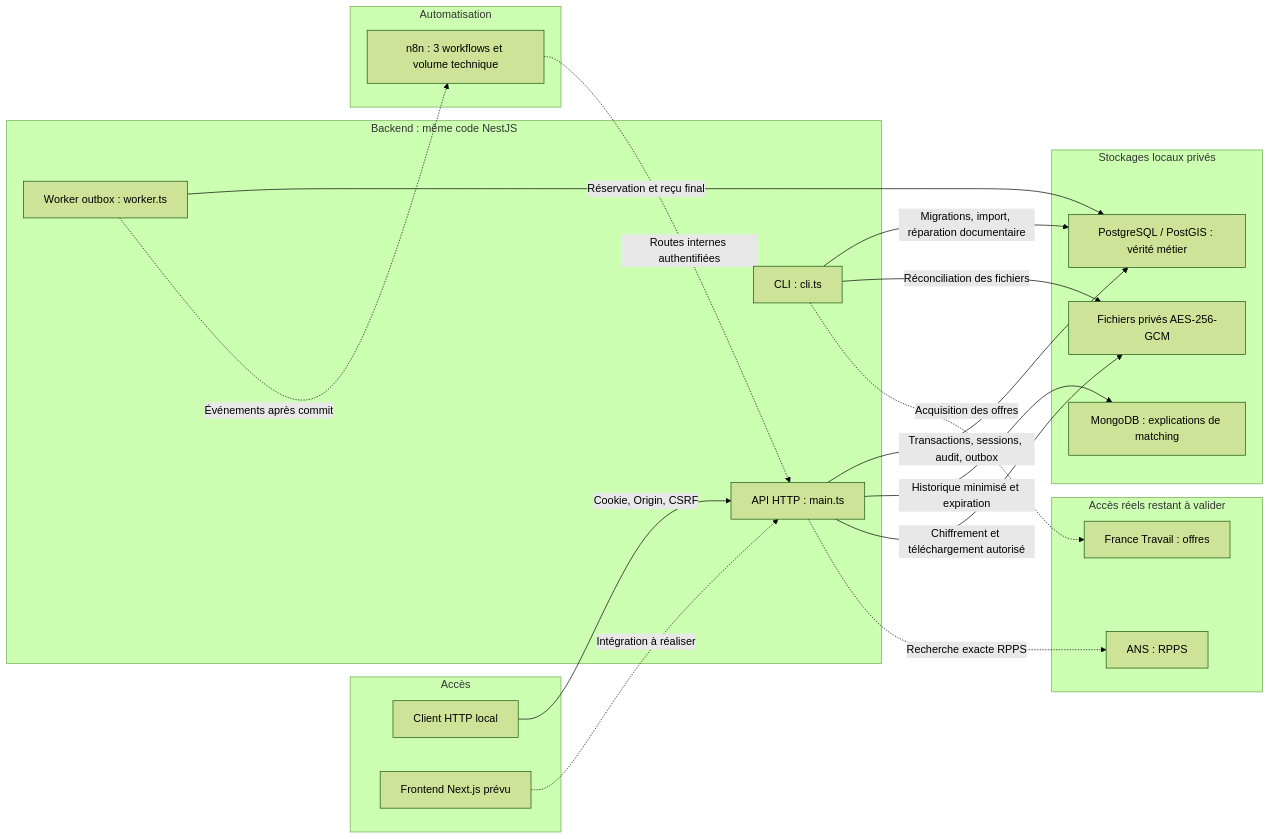
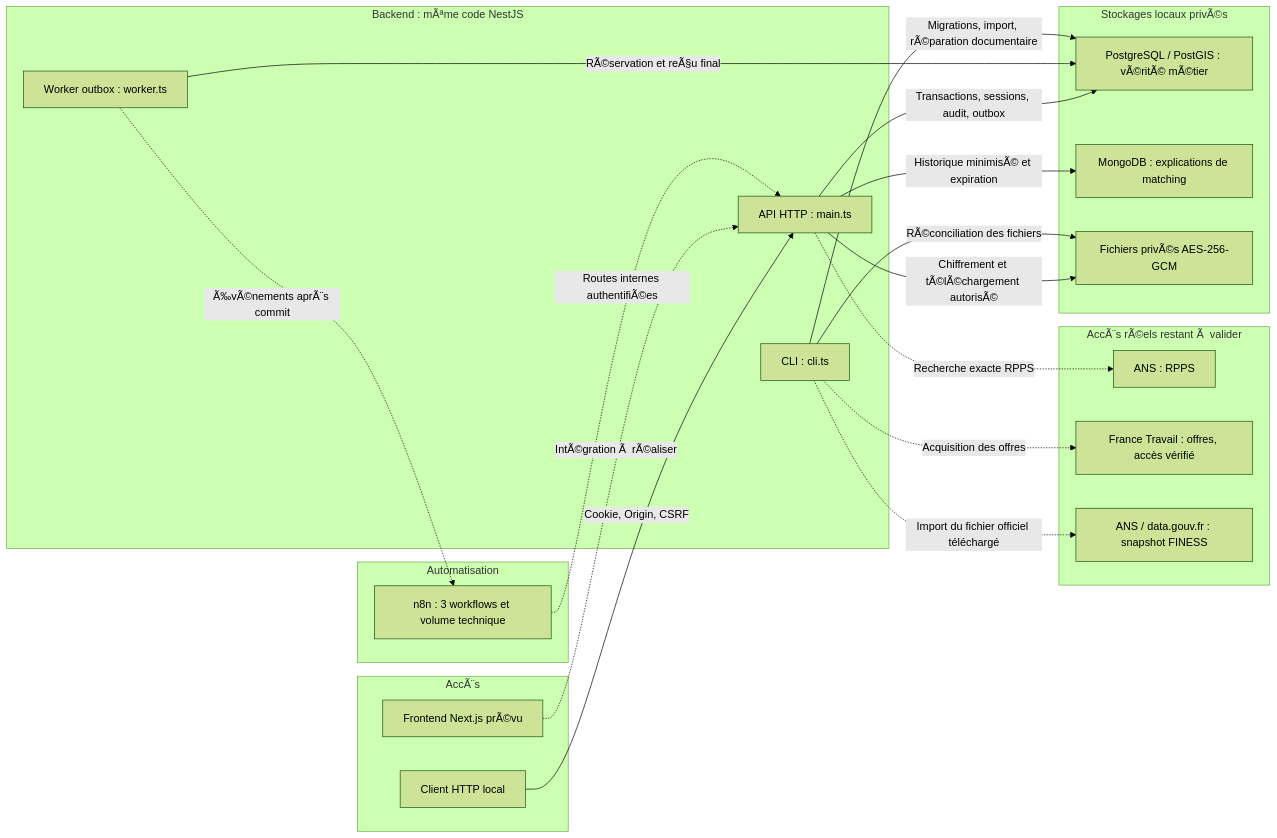
One commit to lebretyves/Backend_Interimatch changed the diagram in docs/architecture-v1.mmd. Above: the diagram before and after it, drawn with Mermaid (forest theme). The commit also changed 30 other files, not shown here.

Commit message:
feat: import official FINESS reference and verify live France Travail access

```diff
--- a/docs/architecture-v1.mmd
+++ b/docs/architecture-v1.mmd
@@ -1,34 +1,36 @@
 flowchart LR
-    subgraph client["Accès"]
+    subgraph client["AccÃ¨s"]
         caller["Client HTTP local"]
-        front["Frontend Next.js prévu"]
+        front["Frontend Next.js prÃ©vu"]
     end
-    subgraph service["Backend : même code NestJS"]
+    subgraph service["Backend : mÃªme code NestJS"]
         api["API HTTP : main.ts"]
         worker["Worker outbox : worker.ts"]
         cli["CLI : cli.ts"]
     end
-    subgraph datastore["Stockages locaux privés"]
-        sql["PostgreSQL / PostGIS : vérité métier"]
+    subgraph datastore["Stockages locaux privÃ©s"]
+        sql["PostgreSQL / PostGIS : vÃ©ritÃ© mÃ©tier"]
         mongo["MongoDB : explications de matching"]
-        files["Fichiers privés AES-256-GCM"]
+        files["Fichiers privÃ©s AES-256-GCM"]
     end
     subgraph async["Automatisation"]
         n8n["n8n : 3 workflows et volume technique"]
     end
-    subgraph external["Accès réels restant à valider"]
+    subgraph external["AccÃ¨s rÃ©els restant Ã  valider"]
         ans["ANS : RPPS"]
-        ft["France Travail : offres"]
+        ft["France Travail : offres, accès vérifié"]
+        finess["ANS / data.gouv.fr : snapshot FINESS"]
     end
     caller -->|"Cookie, Origin, CSRF"| api
-    front -.->|"Intégration à réaliser"| api
+    front -.->|"IntÃ©gration Ã  rÃ©aliser"| api
     api -->|"Transactions, sessions, audit, outbox"| sql
-    api -->|"Historique minimisé et expiration"| mongo
-    api -->|"Chiffrement et téléchargement autorisé"| files
-    worker -->|"Réservation et reçu final"| sql
-    cli -->|"Migrations, import, réparation documentaire"| sql
-    cli -->|"Réconciliation des fichiers"| files
-    worker -.->|"Événements après commit"| n8n
-    n8n -.->|"Routes internes authentifiées"| api
+    api -->|"Historique minimisÃ© et expiration"| mongo
+    api -->|"Chiffrement et tÃ©lÃ©chargement autorisÃ©"| files
+    worker -->|"RÃ©servation et reÃ§u final"| sql
+    cli -->|"Migrations, import, rÃ©paration documentaire"| sql
+    cli -->|"RÃ©conciliation des fichiers"| files
+    worker -.->|"Ã‰vÃ©nements aprÃ¨s commit"| n8n
+    n8n -.->|"Routes internes authentifiÃ©es"| api
     api -.->|"Recherche exacte RPPS"| ans
     cli -.->|"Acquisition des offres"| ft
+    cli -.->|"Import du fichier officiel téléchargé"| finess
```
